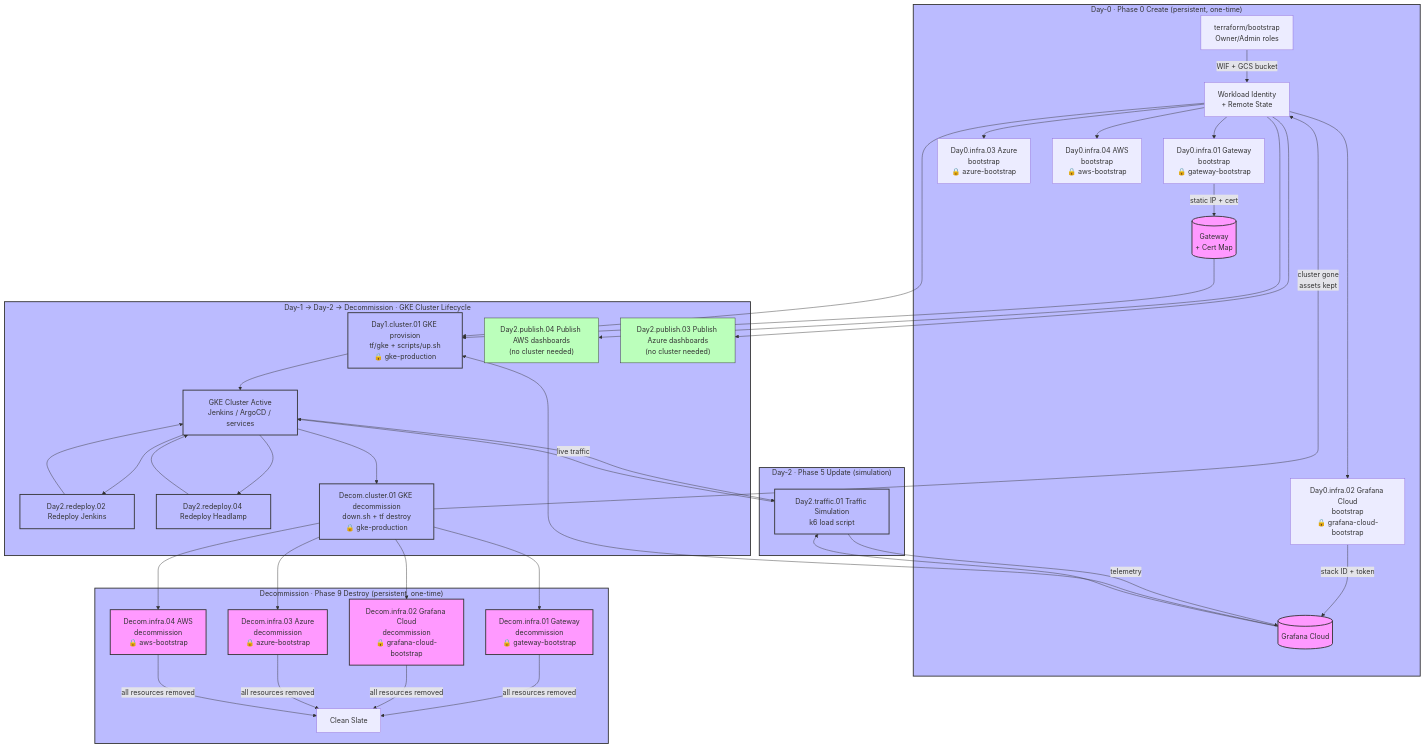
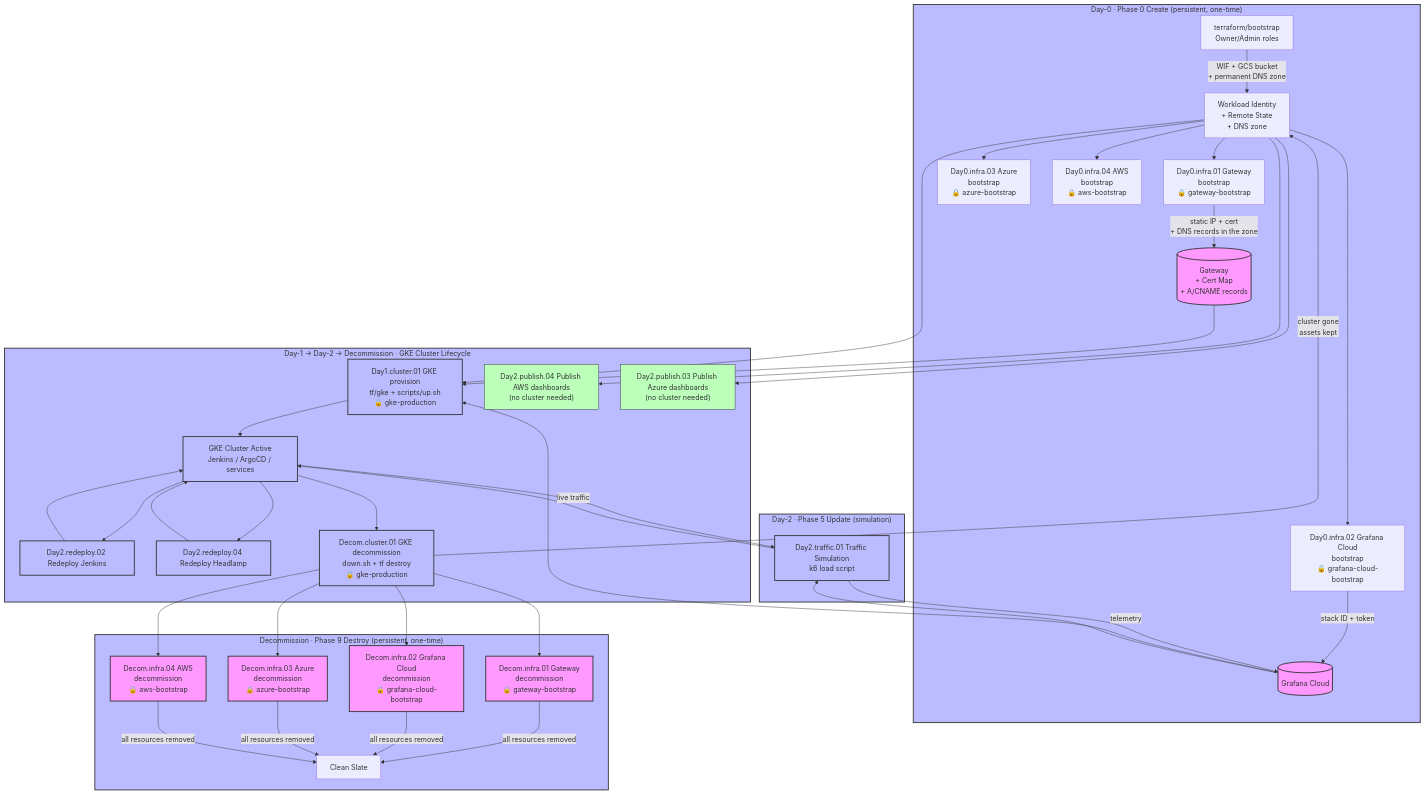
The diagram in docs/102-GITHUB_ACTIONS_AUTOMATION.md (nubenetes/jenkins-2026), drawn with Mermaid before and after one commit. The commit also changed other lines of this file and 2 other files, not shown here.

First line of the commit message:
docs: update mermaid diagrams + stale text for the permanent DNS zone

````diff
--- a/docs/102-GITHUB_ACTIONS_AUTOMATION.md
+++ b/docs/102-GITHUB_ACTIONS_AUTOMATION.md
@@ -43,45 +43,45 @@
 ```mermaid
 graph TD
     subgraph Bootstrapping ["Day-0 · Phase 0 Create (persistent, one-time)"]
-        A["terraform/bootstrap<br>Owner/Admin roles"] -->|"WIF + GCS bucket"| B["Workload Identity<br>+ Remote State"]
+        A["terraform/bootstrap<br>Owner/Admin roles"] -->|"WIF + GCS bucket<br>+ permanent DNS zone"| B["Workload Identity<br>+ Remote State<br>+ DNS zone"]
         B --> C["Day0.infra.01 Gateway<br>bootstrap<br>🔒 gateway-bootstrap"]
         B --> D["Day0.infra.02 Grafana Cloud<br>bootstrap<br>🔒 grafana-cloud-bootstrap"]
         B --> C2["Day0.infra.03 Azure<br>bootstrap<br>🔒 azure-bootstrap"]
         B --> C3["Day0.infra.04 AWS<br>bootstrap<br>🔒 aws-bootstrap"]
-        C -->|"static IP + cert"| F[("Gateway<br>+ Cert Map")]
+        C -->|"static IP + cert<br>+ DNS records in the zone"| F[("Gateway<br>+ Cert Map<br>+ A/CNAME records")]
         D -->|"stack ID + token"| E[("Grafana Cloud")]
     end
 
     subgraph GKE_Lifecycle ["Day-1 → Day-2 → Decommission · GKE Cluster Lifecycle"]
         F & E & B --> G["Day1.cluster.01 GKE provision<br>tf/gke + scripts/up.sh<br>🔒 gke-production"]
         G --> H["GKE Cluster Active<br>Jenkins / ArgoCD / services"]
         H --> I["Day2.redeploy.02 Redeploy Jenkins"]
         H --> J["Day2.redeploy.04 Redeploy Headlamp"]
         B --> L2["Day2.publish.04 Publish AWS dashboards<br>(no cluster needed)"]
         B --> M2["Day2.publish.03 Publish Azure dashboards<br>(no cluster needed)"]
         I & J --> H
         H --> K["Decom.cluster.01 GKE decommission<br>down.sh + tf destroy<br>🔒 gke-production"]
         K -->|"cluster gone<br>assets kept"| B
     end
 
     subgraph Simulation ["Day-2 · Phase 5 Update (simulation)"]
         H & E --> O["Day2.traffic.01 Traffic Simulation<br>k6 load script"]
         O -->|"live traffic"| H
         O -->|"telemetry"| E
     end
 
     subgraph Persistent_Teardown ["Decommission · Phase 9 Destroy (persistent, one-time)"]
         K --> P1["Decom.infra.01 Gateway<br>decommission<br>🔒 gateway-bootstrap"]
         K --> P2["Decom.infra.02 Grafana Cloud<br>decommission<br>🔒 grafana-cloud-bootstrap"]
         K --> P3["Decom.infra.03 Azure<br>decommission<br>🔒 azure-bootstrap"]
         K --> P4["Decom.infra.04 AWS<br>decommission<br>🔒 aws-bootstrap"]
         P1 & P2 & P3 & P4 -->|"all resources removed"| N["Clean Slate"]
     end
 
     classDef persistent fill:#f9f,stroke:#333,stroke-width:2px;
     classDef cluster fill:#bbf,stroke:#333,stroke-width:2px;
     classDef update fill:#bfb,stroke:#333,stroke-width:1px;
     class E,F,P1,P2,P3,P4 persistent;
     class G,H,I,J,K,O cluster;
     class L2,M2 update;
 ```
````
